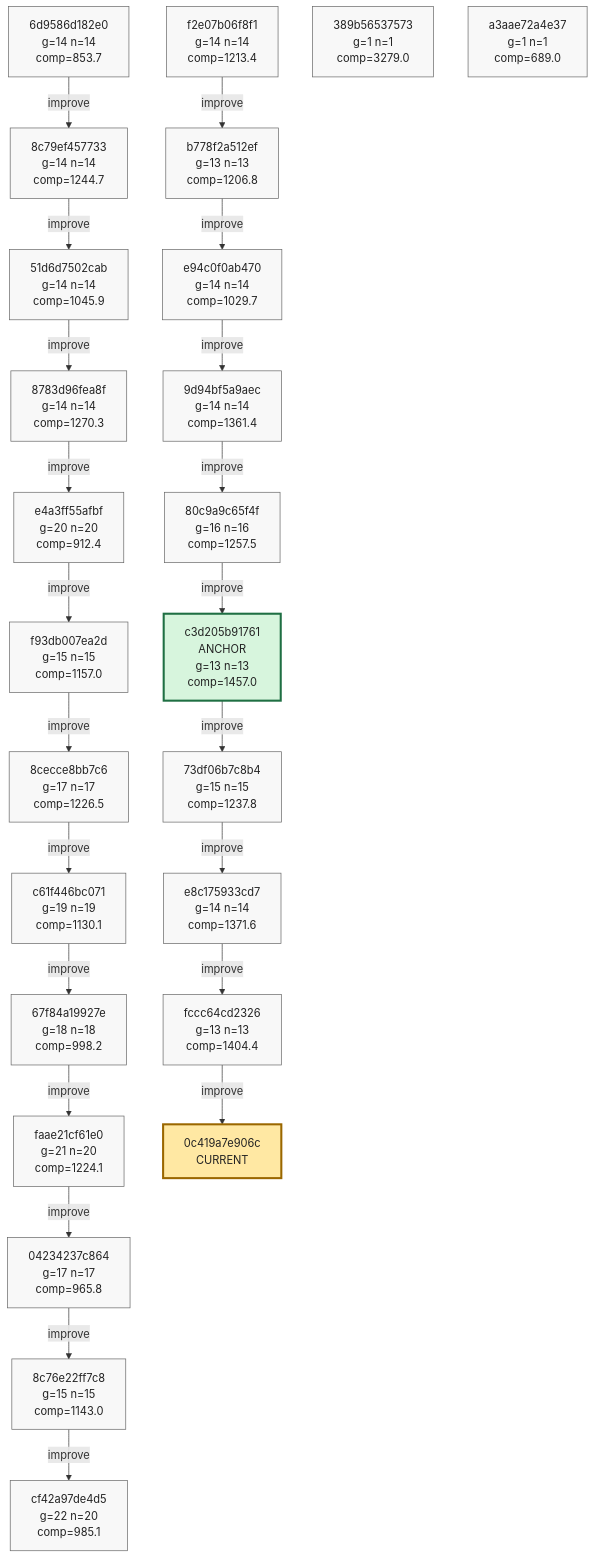
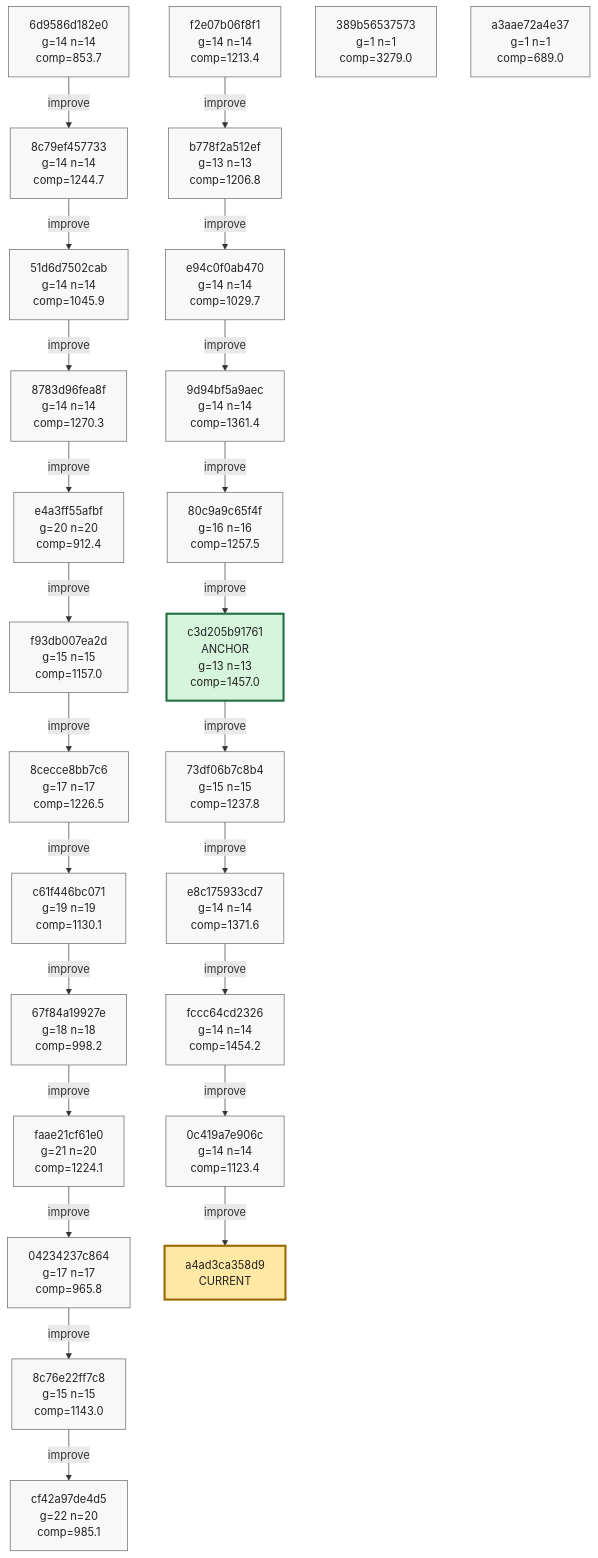
Before and after one commit to azumag/soviet_now: the eighth of 8 diagrams in phyrogenetic-tree.md, drawn with Mermaid. The commit also changed other lines of this file and 2 other files, not shown here.

Commit message:
eloop Improve after 12 games (scores: 1815 1413 2639 707 1163 1612 1526 1049 1176 1798 1024 900)

````diff
--- a/phyrogenetic-tree.md
+++ b/phyrogenetic-tree.md
@@ -1931,10 +1932,11 @@
     h_c3d205b91761["c3d205b91761<br/>ANCHOR<br/>g=13 n=13<br/>comp=1457.0"]
     h_73df06b7c8b4["73df06b7c8b4<br/>g=15 n=15<br/>comp=1237.8"]
     h_e8c175933cd7["e8c175933cd7<br/>g=14 n=14<br/>comp=1371.6"]
-    h_fccc64cd2326["fccc64cd2326<br/>g=13 n=13<br/>comp=1404.4"]
+    h_fccc64cd2326["fccc64cd2326<br/>g=14 n=14<br/>comp=1454.2"]
+    h_0c419a7e906c["0c419a7e906c<br/>g=14 n=14<br/>comp=1123.4"]
     h_389b56537573["389b56537573<br/>g=1 n=1<br/>comp=3279.0"]
     h_a3aae72a4e37["a3aae72a4e37<br/>g=1 n=1<br/>comp=689.0"]
-    h_0c419a7e906c["0c419a7e906c<br/>CURRENT"]
+    h_a4ad3ca358d9["a4ad3ca358d9<br/>CURRENT"]
 
     h_6d9586d182e0 -->|improve| h_8c79ef457733
     h_8c79ef457733 -->|improve| h_51d6d7502cab
@@ -1957,6 +1959,7 @@
     h_73df06b7c8b4 -->|improve| h_e8c175933cd7
     h_e8c175933cd7 -->|improve| h_fccc64cd2326
     h_fccc64cd2326 -->|improve| h_0c419a7e906c
+    h_0c419a7e906c -->|improve| h_a4ad3ca358d9
 
     classDef plain fill:#f8f8f8,stroke:#666,stroke-width:1px,color:#222;
     classDef current fill:#ffe8a3,stroke:#9a6700,stroke-width:3px,color:#222;
@@ -1985,7 +1988,8 @@
     class h_73df06b7c8b4 plain;
     class h_e8c175933cd7 plain;
     class h_fccc64cd2326 plain;
+    class h_0c419a7e906c plain;
     class h_389b56537573 plain;
     class h_a3aae72a4e37 plain;
-    class h_0c419a7e906c current;
+    class h_a4ad3ca358d9 current;
 ```
````
